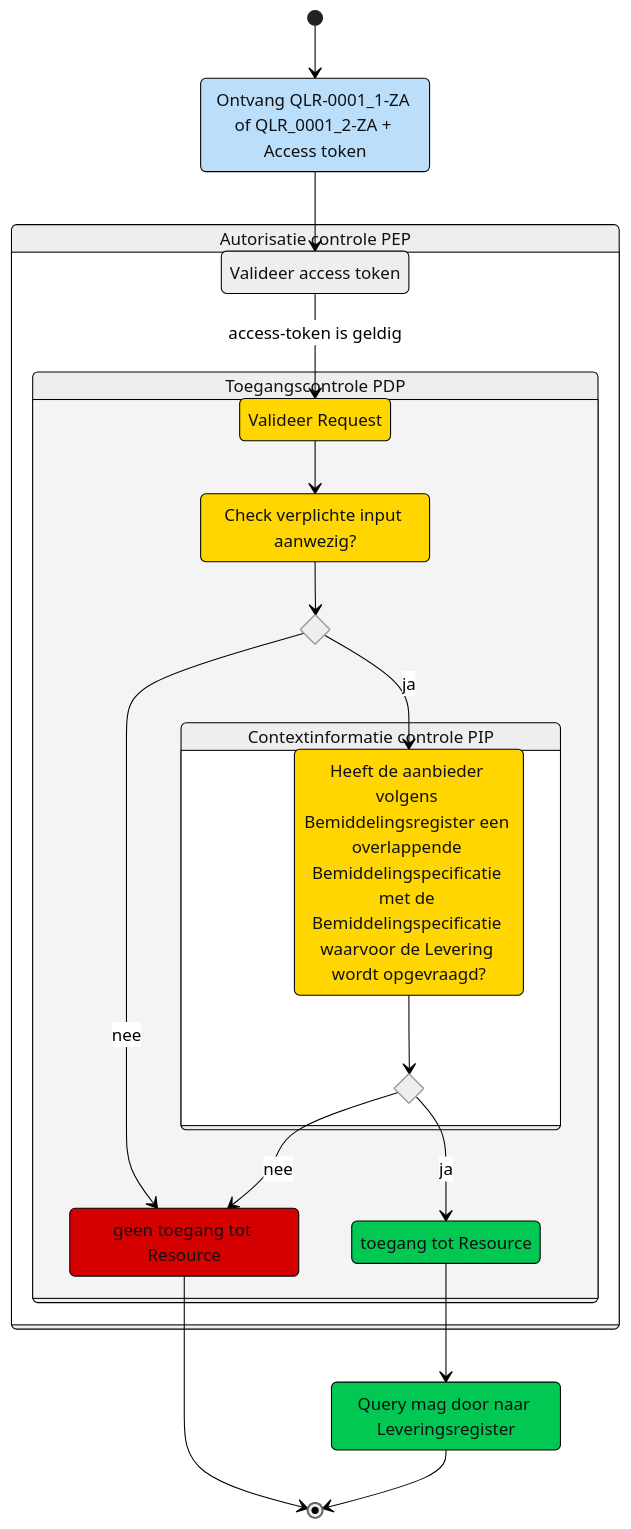
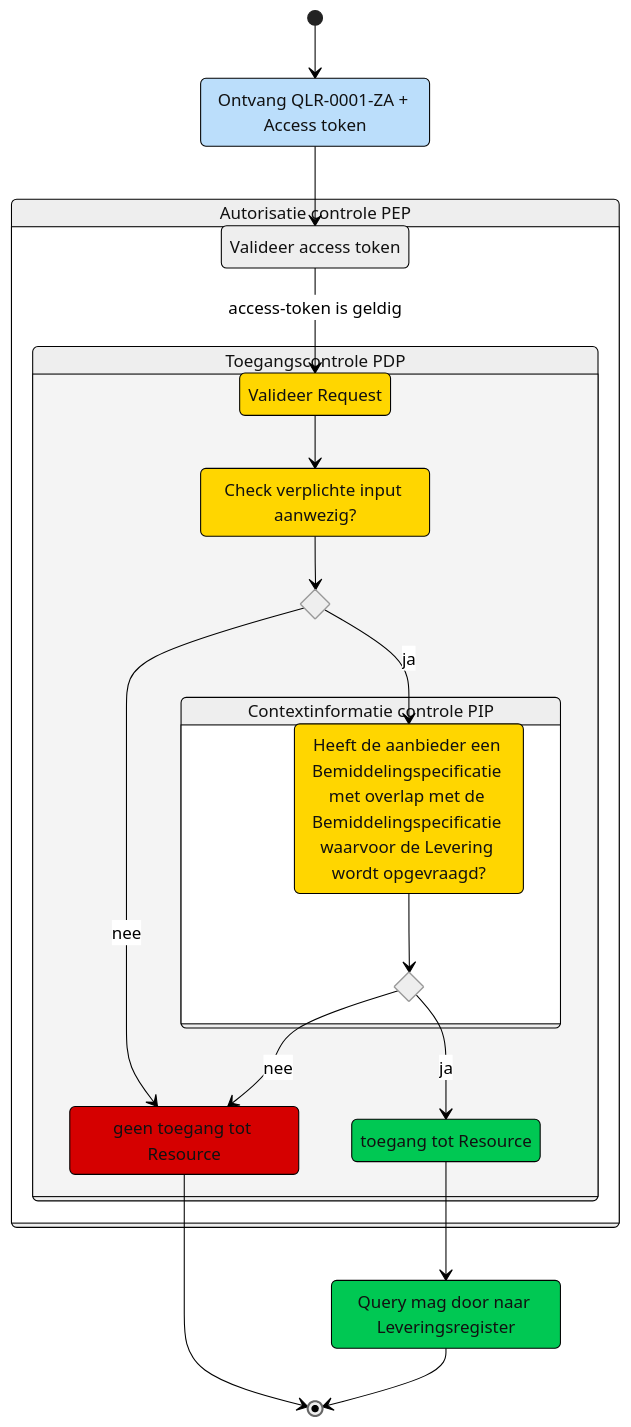
One commit to iStandaarden/iWlz-levering changed the diagram in raadplegen/aanbieder/UCLR-0001-toegangscontrole.md. Above: the diagram before and after it, drawn with Mermaid. The commit also changed 16 other files, not shown here.

````diff
--- a/raadplegen/aanbieder/UCLR-0001-toegangscontrole.md
+++ b/raadplegen/aanbieder/UCLR-0001-toegangscontrole.md
@@ -71,56 +71,55 @@
 ```mermaid
 ---
 config:
   theme: neutral
   look: classic
 ---
 stateDiagram
   direction TB
   [*] -->  indienen
   indienen --> validerenT
   state PEP {
     direction TB
 
     validerenT --> validerenR: access-token is geldig
     state PDP {
     validerenR --> checkInput01
     state check01 <<choice>>
     checkInput01 --> check01
 
     check01 --> checkInput02:ja
     check01 --> error:nee
     state PIP {
         state check02 <<choice>>
         checkInput02 --> check02
         check02 --> error:nee
         check02 --> access:ja
         }
     error
     access
     }
 
   }
 
   error --> [*]
   access --> resource
   resource --> [*]
   
   PEP:Autorisatie controle PEP
   PDP:Toegangscontrole PDP
   PIP:Contextinformatie controle PIP
-  indienen: Ontvang QLR-0001_1-ZA of QLR_0001_2-ZA + Access token
+  indienen: Ontvang QLR-0001-ZA + Access token
   validerenT: Valideer access token
   validerenR: Valideer Request
   checkInput01:Check verplichte input aanwezig?
-  checkInput02:Heeft de aanbieder volgens Bemiddelingsregister een overlappende Bemiddelingspecificatie met de Bemiddelingspecificatie waarvoor de Levering wordt opgevraagd?
+  checkInput02:Heeft de aanbieder een Bemiddelingspecificatie met overlap met de Bemiddelingspecificatie waarvoor de Levering wordt opgevraagd?
   error:geen toegang tot Resource
-
   access:toegang tot Resource
   resource: Query mag door naar Leveringsregister
   style validerenR,checkInput01,checkInput02 fill:#FFD600
   style valideer2 fill:#C8E6C9
   style error fill:#D50000
   style access,Query,resource fill:#00C853
   style indienen fill:#BBDEFB,color:none
 
 ```
````
